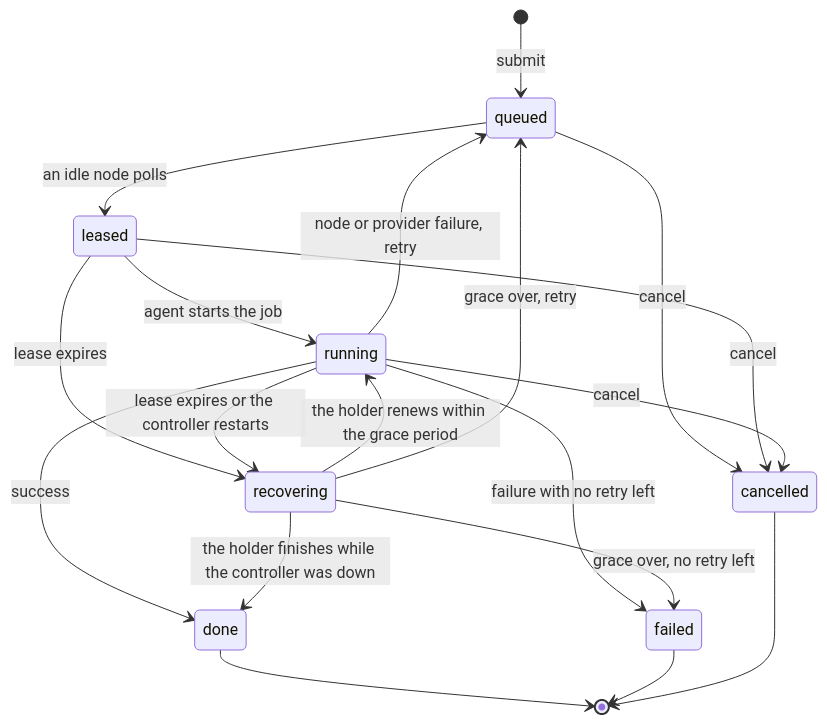
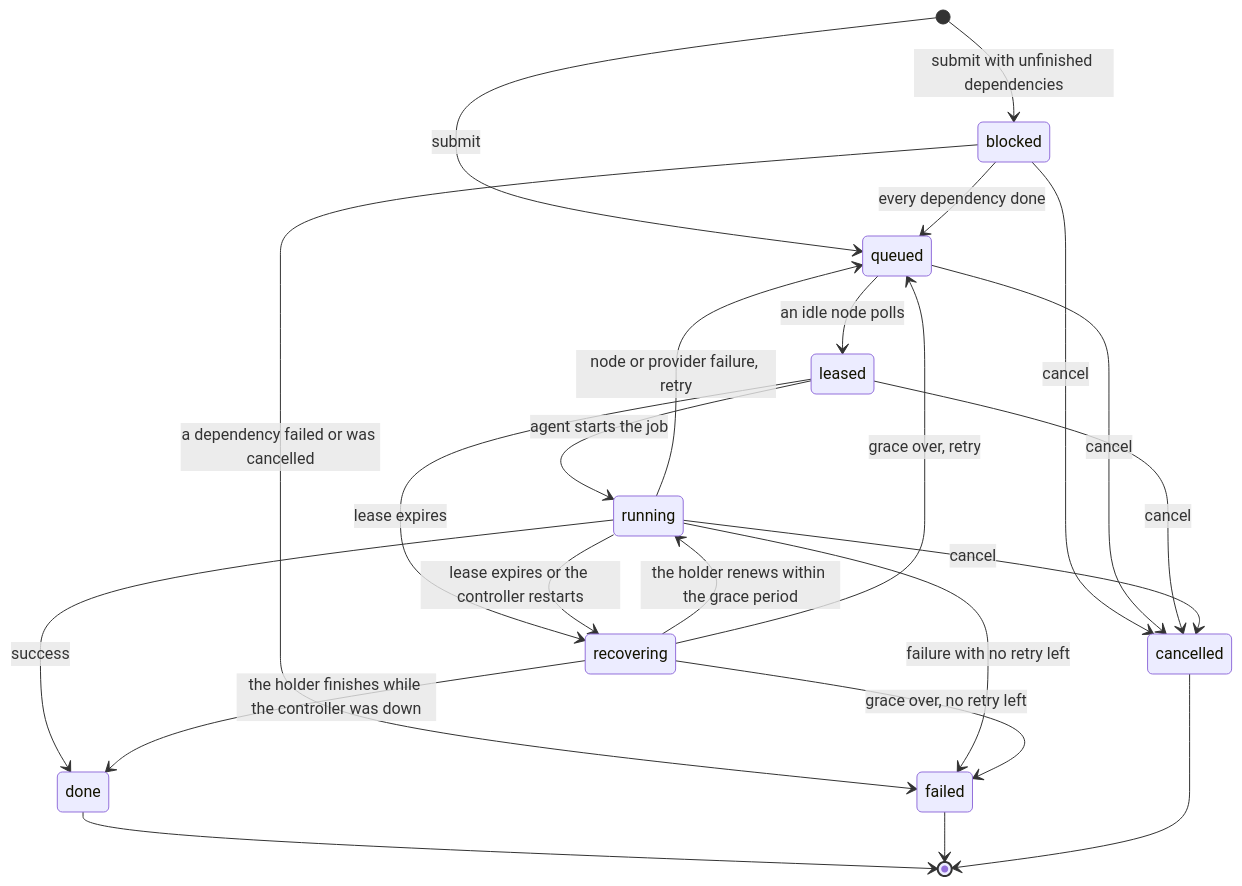
One commit to ddproxy/lu changed the diagram in docs/operations.md. Above: the diagram before and after it, drawn with Mermaid. The commit also changed other lines of this file and 26 other files, not shown here.

First line of the commit message:
Add job dependencies: after, blocked state, dependency failures

````diff
--- a/docs/operations.md
+++ b/docs/operations.md
@@ -137,21 +137,25 @@
 ```mermaid
 stateDiagram-v2
+    [*] --> blocked: submit with unfinished dependencies
     [*] --> queued: submit
+    blocked --> queued: every dependency done
+    blocked --> failed: a dependency failed or was cancelled
+    blocked --> cancelled: cancel
     queued --> leased: an idle node polls
     queued --> cancelled: cancel
     leased --> running: agent starts the job
     leased --> cancelled: cancel
     leased --> recovering: lease expires
     running --> done: success
     running --> failed: failure with no retry left
     running --> queued: node or provider failure, retry
     running --> recovering: lease expires or the controller restarts
     running --> cancelled: cancel
     recovering --> running: the holder renews within the grace period
     recovering --> done: the holder finishes while the controller was down
     recovering --> queued: grace over, retry
     recovering --> failed: grace over, no retry left
     done --> [*]
     failed --> [*]
     cancelled --> [*]
 ```
````
